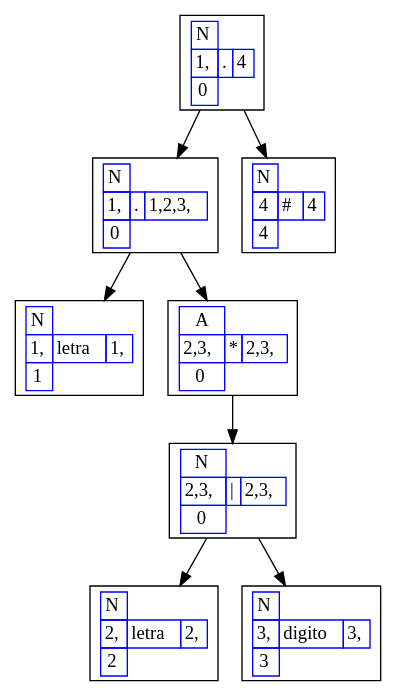
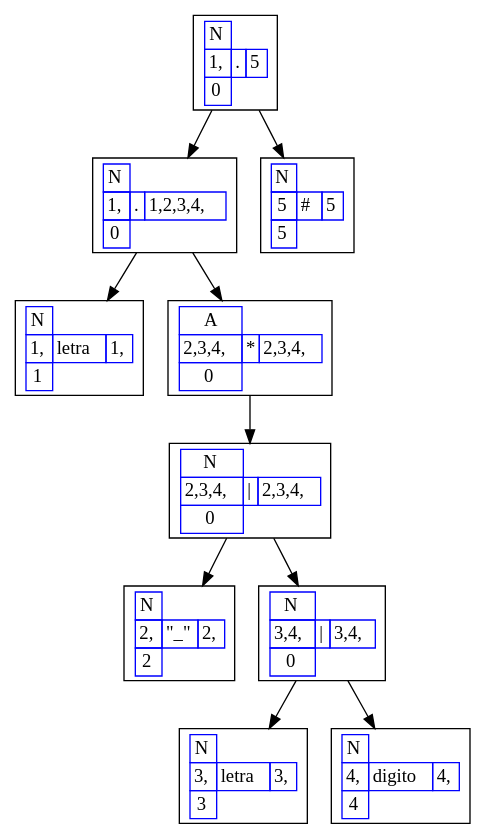
Before and after one commit to JulioFernandez99/Proyecto1_Compi1_201902416: the diagram in bin/Graficos/Grafico arboles/Expresionregular1.dot, drawn with Graphviz. The commit also changed 90 other files, not shown here.

```diff
--- a/bin/Graficos/Grafico arboles/Expresionregular1.dot
+++ b/bin/Graficos/Grafico arboles/Expresionregular1.dot
@@ -1,69 +1,85 @@
 digraph G{
 rankdir=UD
 node[shape=box]
 concentrate=true
+nodo10[label=<
+<table border='0' cellborder='1' color='blue' cellspacing='0'>
+<tr><td>N</td></tr>
+<tr><td>1,</td><td>.</td><td>5</td></tr>
+<tr><td>0</td></tr>
+</table>
+>];
 nodo8[label=<
 <table border='0' cellborder='1' color='blue' cellspacing='0'>
 <tr><td>N</td></tr>
-<tr><td>1,</td><td>.</td><td>4</td></tr>
-<tr><td>0</td></tr>
-</table>
->];
-nodo6[label=<
-<table border='0' cellborder='1' color='blue' cellspacing='0'>
-<tr><td>N</td></tr>
-<tr><td>1,</td><td>.</td><td>1,2,3,</td></tr>
+<tr><td>1,</td><td>.</td><td>1,2,3,4,</td></tr>
 <tr><td>0</td></tr>
 </table>
 >];
 nodo1[label=<
 <table border='0' cellborder='1' color='blue' cellspacing='0'>
 <tr><td>N</td></tr>
 <tr><td>1,</td><td>letra</td><td>1,</td></tr>
 <tr><td>1</td></tr>
 </table>
 >];
-nodo6->nodo1
-nodo5[label=<
+nodo8->nodo1
+nodo7[label=<
 <table border='0' cellborder='1' color='blue' cellspacing='0'>
 <tr><td>A</td></tr>
-<tr><td>2,3,</td><td>*</td><td>2,3,</td></tr>
+<tr><td>2,3,4,</td><td>*</td><td>2,3,4,</td></tr>
 <tr><td>0</td></tr>
 </table>
 >];
-nodo4[label=<
+nodo6[label=<
 <table border='0' cellborder='1' color='blue' cellspacing='0'>
 <tr><td>N</td></tr>
-<tr><td>2,3,</td><td>|</td><td>2,3,</td></tr>
+<tr><td>2,3,4,</td><td>|</td><td>2,3,4,</td></tr>
 <tr><td>0</td></tr>
 </table>
 >];
 nodo2[label=<
 <table border='0' cellborder='1' color='blue' cellspacing='0'>
 <tr><td>N</td></tr>
-<tr><td>2,</td><td>letra</td><td>2,</td></tr>
+<tr><td>2,</td><td>"_"</td><td>2,</td></tr>
 <tr><td>2</td></tr>
 </table>
 >];
-nodo4->nodo2
+nodo6->nodo2
+nodo5[label=<
+<table border='0' cellborder='1' color='blue' cellspacing='0'>
+<tr><td>N</td></tr>
+<tr><td>3,4,</td><td>|</td><td>3,4,</td></tr>
+<tr><td>0</td></tr>
+</table>
+>];
 nodo3[label=<
 <table border='0' cellborder='1' color='blue' cellspacing='0'>
 <tr><td>N</td></tr>
-<tr><td>3,</td><td>digito</td><td>3,</td></tr>
+<tr><td>3,</td><td>letra</td><td>3,</td></tr>
 <tr><td>3</td></tr>
 </table>
 >];
-nodo4->nodo3
-nodo5->nodo4
-nodo6->nodo5
-nodo8->nodo6
-nodo7[label=<
+nodo5->nodo3
+nodo4[label=<
 <table border='0' cellborder='1' color='blue' cellspacing='0'>
 <tr><td>N</td></tr>
-<tr><td>4</td><td>#</td><td>4</td></tr>
+<tr><td>4,</td><td>digito</td><td>4,</td></tr>
 <tr><td>4</td></tr>
 </table>
 >];
+nodo5->nodo4
+nodo6->nodo5
+nodo7->nodo6
 nodo8->nodo7
+nodo10->nodo8
+nodo9[label=<
+<table border='0' cellborder='1' color='blue' cellspacing='0'>
+<tr><td>N</td></tr>
+<tr><td>5</td><td>#</td><td>5</td></tr>
+<tr><td>5</td></tr>
+</table>
+>];
+nodo10->nodo9
 
 }
```
